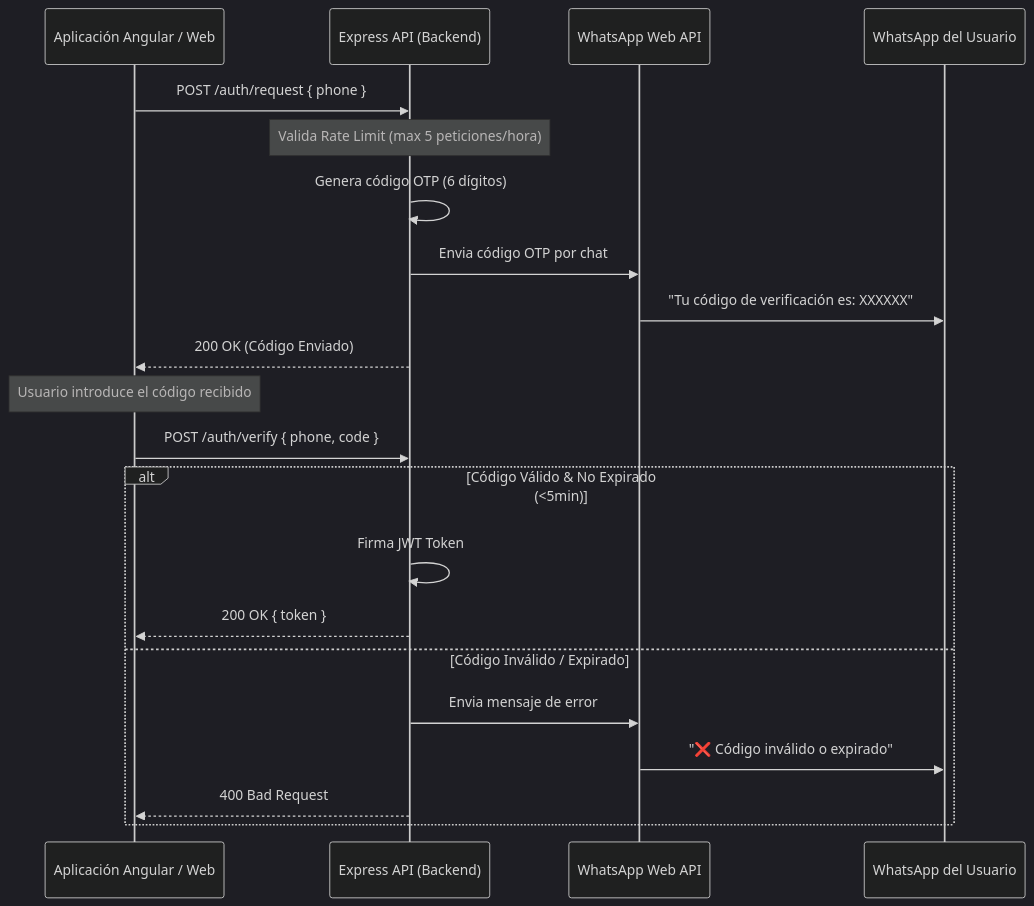
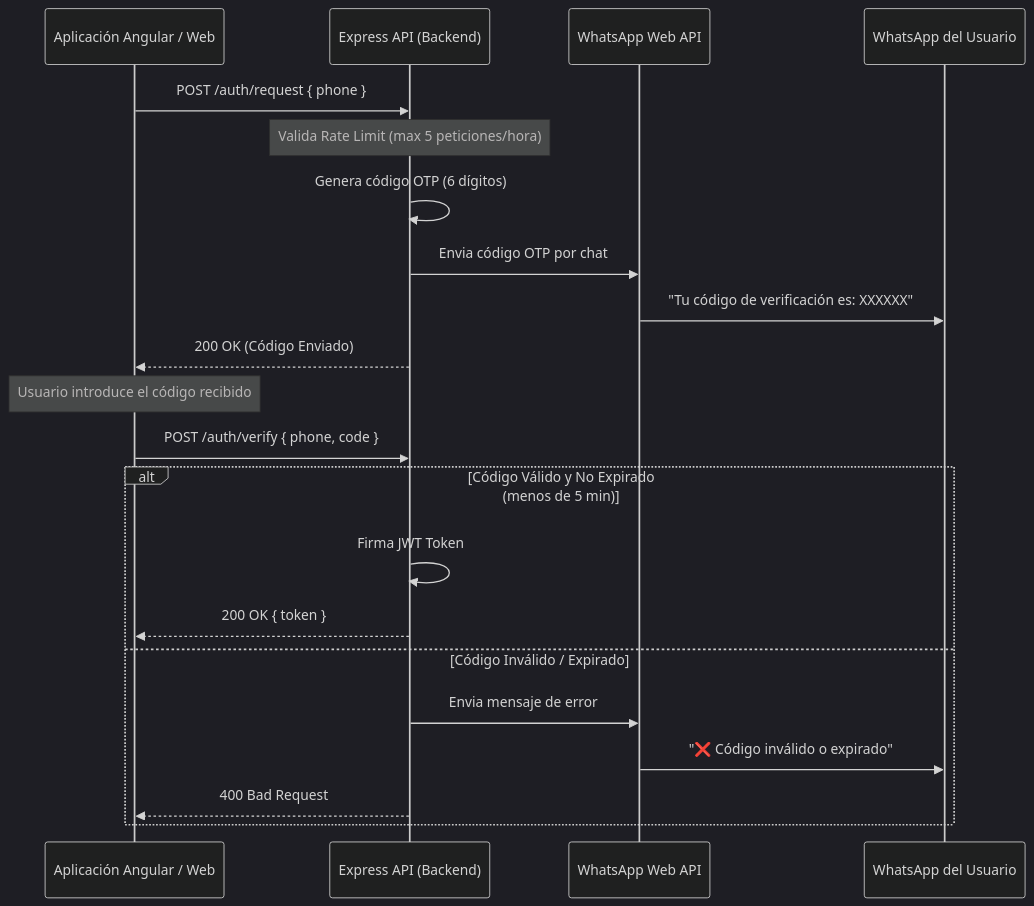
Before and after one commit to Viajero-del-Tiempo/hodie-node-app: the first of 2 diagrams in README.md, drawn with Mermaid (dark theme).

Commit message:
fix: resolve mermaid parser error by replacing ampersand and less-than symbols

````diff
--- a/README.md
+++ b/README.md
@@ -65,25 +65,25 @@
 ```mermaid
 sequenceDiagram
     participant WebApp as Aplicación Angular / Web
     participant API as Express API (Backend)
     participant WA as WhatsApp Web API
     participant User as WhatsApp del Usuario
 
     WebApp->>API: POST /auth/request { phone }
     Note over API: Valida Rate Limit (max 5 peticiones/hora)
     API->>API: Genera código OTP (6 dígitos)
     API->>WA: Envia código OTP por chat
     WA->>User: "Tu código de verificación es: XXXXXX"
     API-->>WebApp: 200 OK (Código Enviado)
     
     Note over WebApp: Usuario introduce el código recibido
     WebApp->>API: POST /auth/verify { phone, code }
-    alt Código Válido & No Expirado (<5min)
+    alt Código Válido y No Expirado (menos de 5 min)
         API->>API: Firma JWT Token
         API-->>WebApp: 200 OK { token }
     else Código Inválido / Expirado
         API->>WA: Envia mensaje de error
         WA->>User: "❌ Código inválido o expirado"
         API-->>WebApp: 400 Bad Request
     end
 ```
````
